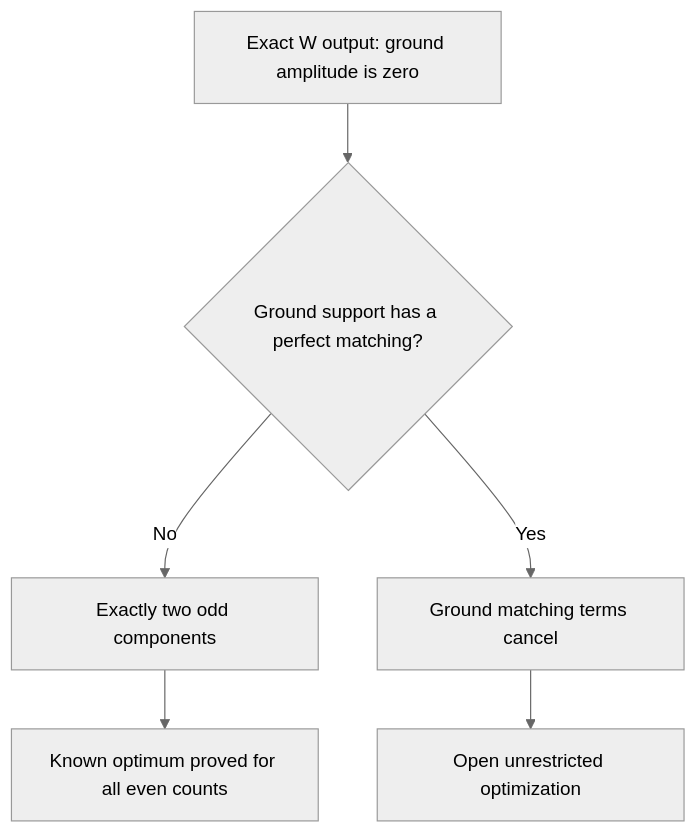
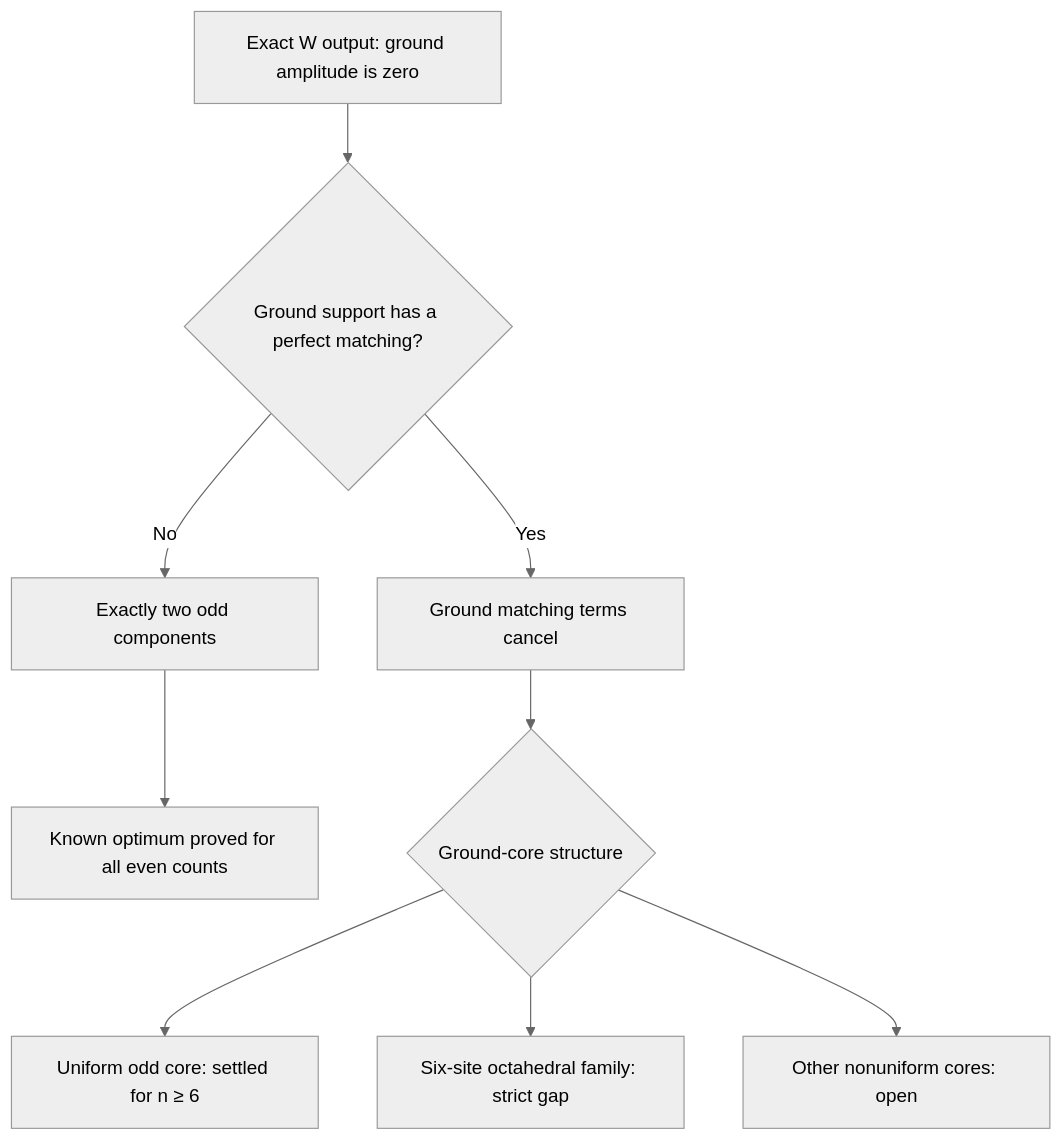
One commit to rrajasek95/krenn-conjecture changed the diagram in research/w-state-design/README.md. Above: the diagram before and after it, drawn with Mermaid (neutral theme). The commit also changed other lines of this file and 14 other files, not shown here.

```diff
--- a/research/w-state-design/README.md
+++ b/research/w-state-design/README.md
@@ -51,8 +53,11 @@
 ~~~mermaid
 flowchart TD
     A["Exact W output: ground amplitude is zero"] --> B{"Ground support has a perfect matching?"}
     B -->|No| C["Exactly two odd components"]
     C --> D["Known optimum proved for all even counts"]
     B -->|Yes| E["Ground matching terms cancel"]
-    E --> F["Open unrestricted optimization"]
+    E --> F{"Ground-core structure"}
+    F --> G["Uniform odd core: settled for n ≥ 6"]
+    F --> H["Six-site octahedral family: strict gap"]
+    F --> I["Other nonuniform cores: open"]
 ~~~
```
